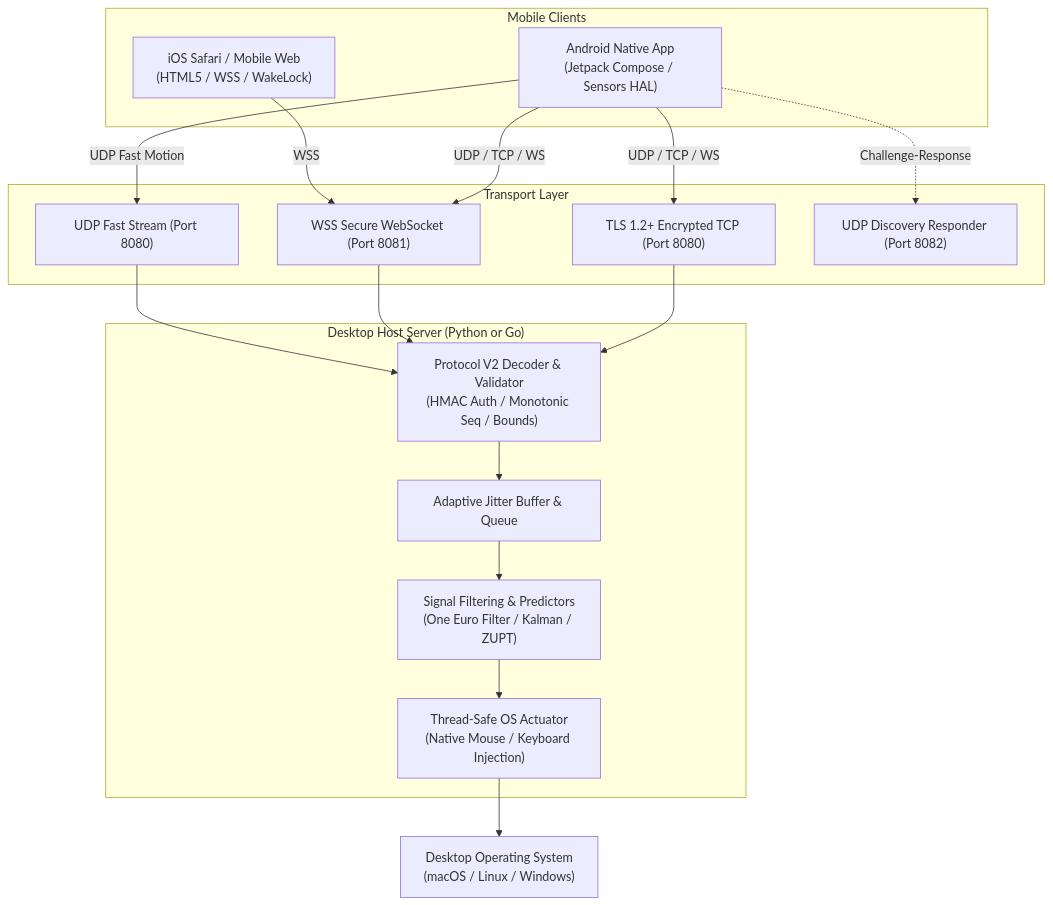
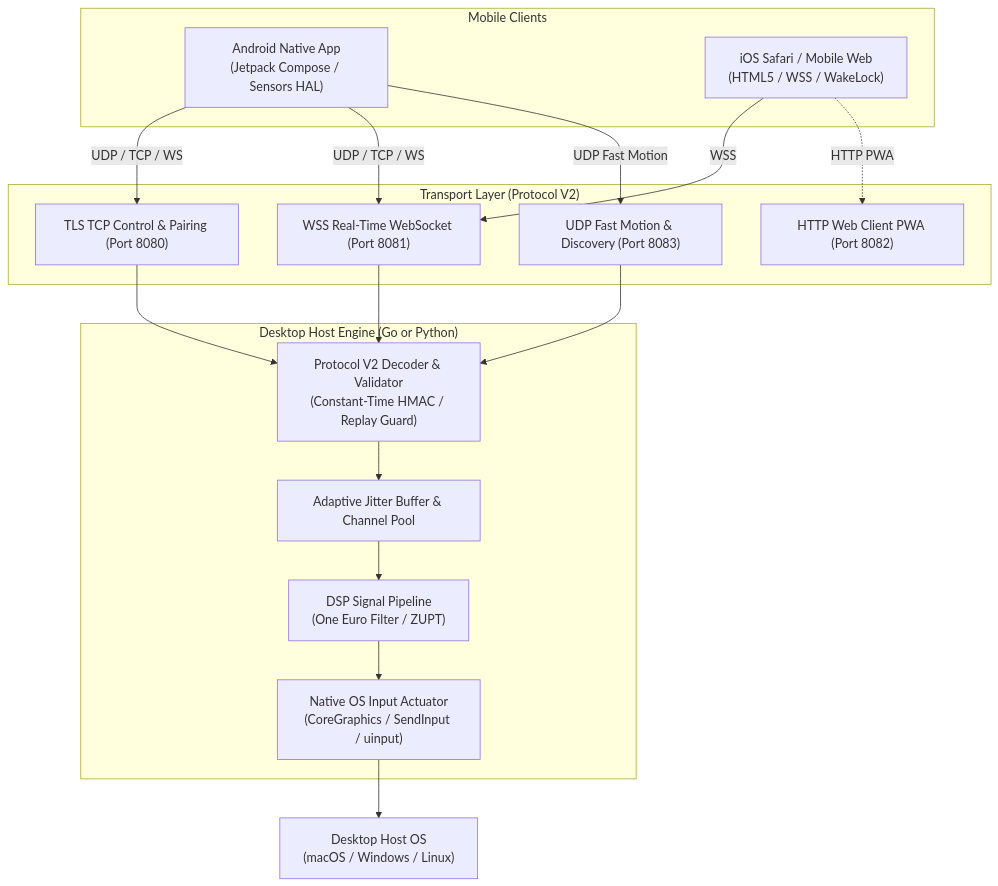
The diagram in README.md (tahamajs/AirMouse), drawn with Mermaid before and after one commit. The commit also changed other lines of this file and 1 other file, not shown here.

````diff
--- a/README.md
+++ b/README.md
@@ -95,35 +132,35 @@
 ```mermaid
 flowchart TD
     subgraph MobileClients["Mobile Clients"]
         A["Android Native App<br/>(Jetpack Compose / Sensors HAL)"]
         B["iOS Safari / Mobile Web<br/>(HTML5 / WSS / WakeLock)"]
     end
 
-    subgraph TransportLayer["Transport Layer"]
-        C["TLS 1.2+ Encrypted TCP (Port 8080)"]
-        D["WSS Secure WebSocket (Port 8081)"]
-        E["UDP Fast Stream (Port 8080)"]
-        F["UDP Discovery Responder (Port 8082)"]
+    subgraph TransportLayer["Transport Layer (Protocol V2)"]
+        C["TLS TCP Control & Pairing (Port 8080)"]
+        D["WSS Real-Time WebSocket (Port 8081)"]
+        E["HTTP Web Client PWA (Port 8082)"]
+        F["UDP Fast Motion & Discovery (Port 8083)"]
     end
 
-    subgraph DesktopServer["Desktop Host Server (Python or Go)"]
-        G["Protocol V2 Decoder & Validator<br/>(HMAC Auth / Monotonic Seq / Bounds)"]
-        H["Adaptive Jitter Buffer & Queue"]
-        I["Signal Filtering & Predictors<br/>(One Euro Filter / Kalman / ZUPT)"]
-        J["Thread-Safe OS Actuator<br/>(Native Mouse / Keyboard Injection)"]
+    subgraph DesktopHost["Desktop Host Engine (Go or Python)"]
+        G["Protocol V2 Decoder & Validator<br/>(Constant-Time HMAC / Replay Guard)"]
+        H["Adaptive Jitter Buffer & Channel Pool"]
+        I["DSP Signal Pipeline<br/>(One Euro Filter / ZUPT)"]
+        J["Native OS Input Actuator<br/>(CoreGraphics / SendInput / uinput)"]
     end
 
     A -->|UDP / TCP / WS| C
     A -->|UDP / TCP / WS| D
-    A -->|UDP Fast Motion| E
-    A -.->|Challenge-Response| F
+    A -->|UDP Fast Motion| F
     B -->|WSS| D
+    B -.->|HTTP PWA| E
 
     C --> G
     D --> G
-    E --> G
+    F --> G
     G --> H
     H --> I
     I --> J
-    J --> K["Desktop Operating System<br/>(macOS / Linux / Windows)"]
+    J --> K["Desktop Host OS<br/>(macOS / Windows / Linux)"]
 ```
````
